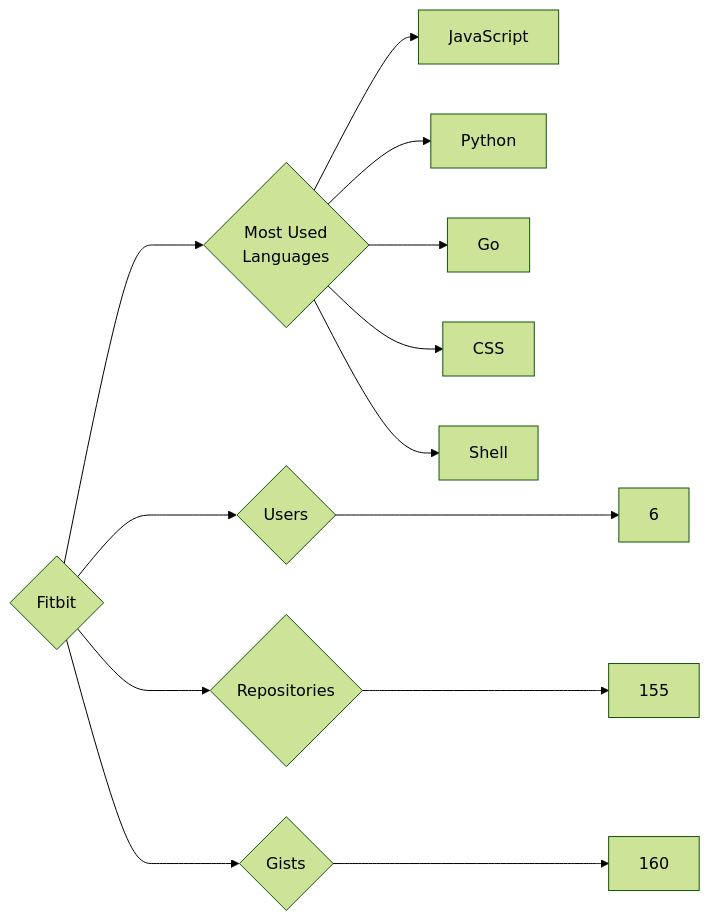
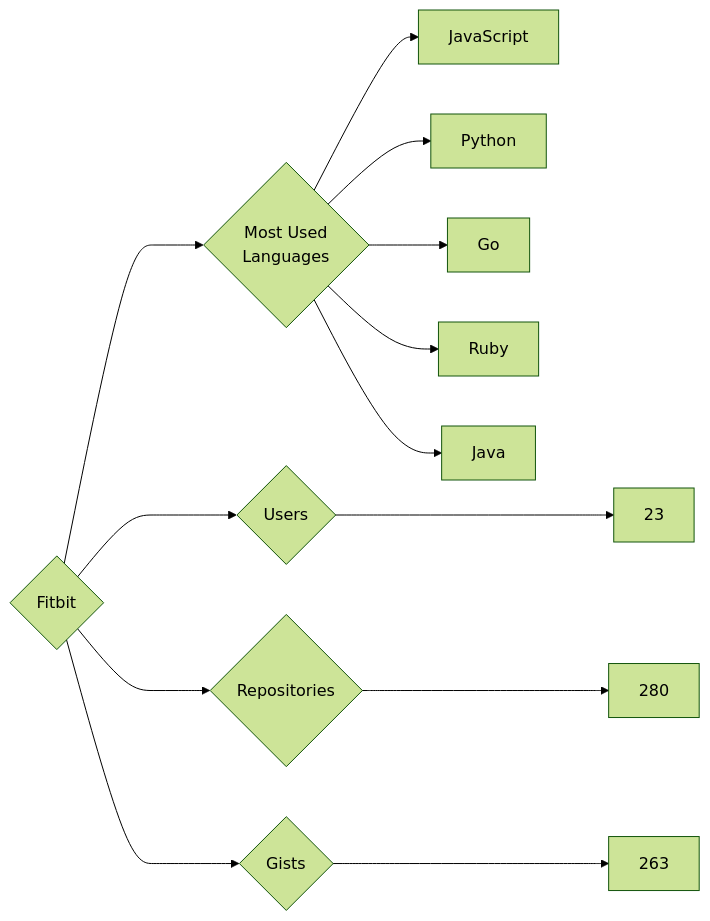
The diagram in targets/Fitbit/README.md (trickest/insiders), drawn with Mermaid (forest theme) before and after one commit. The commit also changed 614 other files, not shown here.

````diff
--- a/targets/Fitbit/README.md
+++ b/targets/Fitbit/README.md
@@ -3,13 +3,13 @@
 ```mermaid
 graph LR
 COMPANY_NAME{Fitbit}
-COMPANY_NAME ---> U{Users} ---> UN[6]
-COMPANY_NAME ---> R{Repositories} ---> RN[155]
-COMPANY_NAME ---> G{Gists} ---> GN[160]
+COMPANY_NAME ---> U{Users} ---> UN[23]
+COMPANY_NAME ---> R{Repositories} ---> RN[280]
+COMPANY_NAME ---> G{Gists} ---> GN[263]
 COMPANY_NAME ---> ML{Most Used<br>Languages}
 ML --> JavaScript[JavaScript]
 ML --> Python[Python]
 ML --> Go[Go]
-ML --> CSS[CSS]
-ML --> Shell[Shell]
+ML --> Ruby[Ruby]
+ML --> Java[Java]
 ```
````
